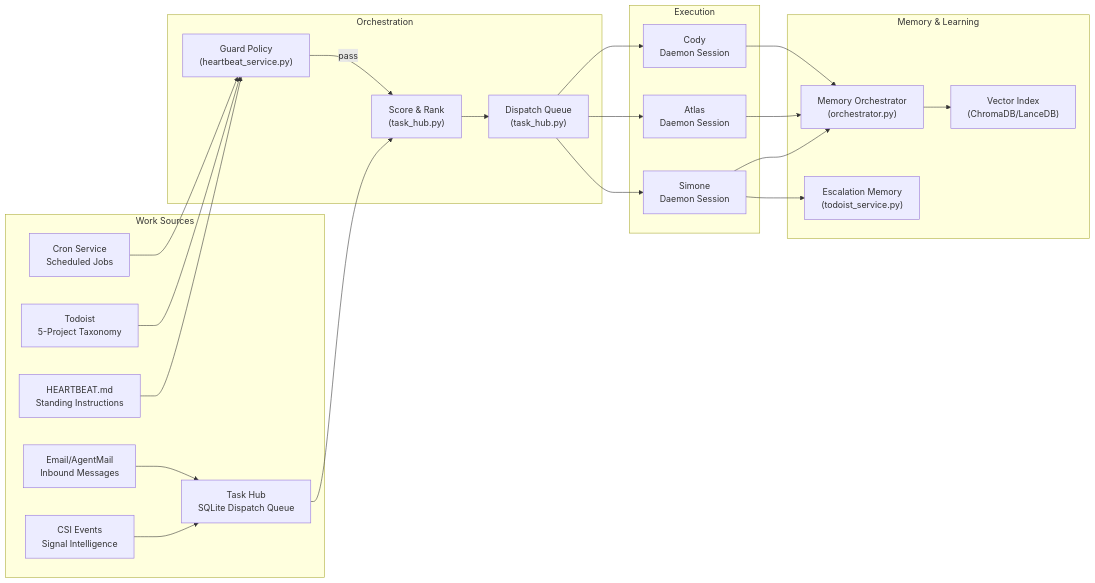
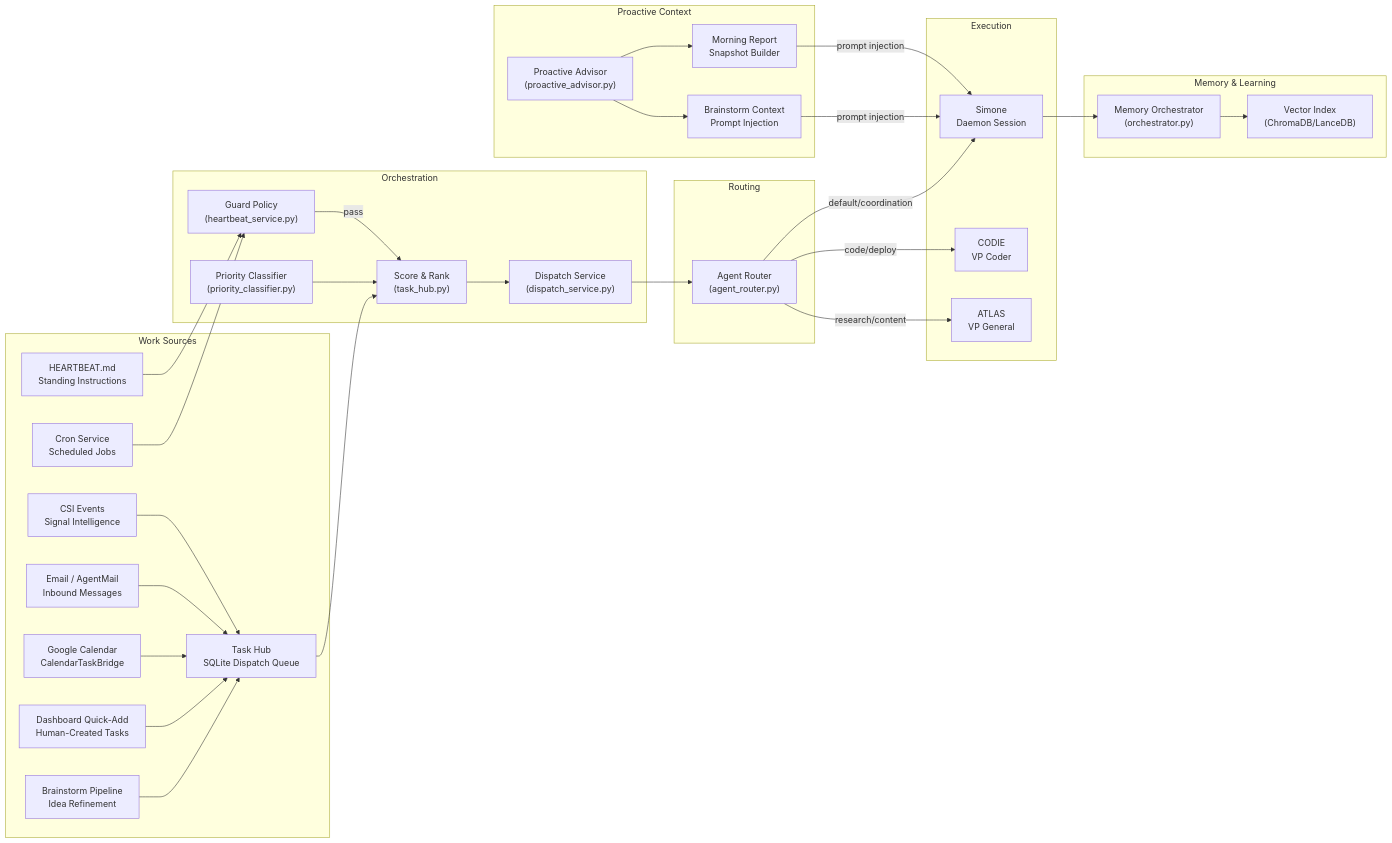
One commit to Kjdragan/universal_agent changed the first of 11 diagrams in docs/02_Subsystems/Proactive_Pipeline.md. Above: the diagram before and after it, drawn with Mermaid. The commit also changed other lines of this file and 27 other files, not shown here.

First line of the commit message:
feat: proactive pipeline phases 5-7 — auto-refinement loop, completion feedback, capacity governor

````diff
--- a/docs/02_Subsystems/Proactive_Pipeline.md
+++ b/docs/02_Subsystems/Proactive_Pipeline.md
@@ -14,48 +21,66 @@
 ```mermaid
 graph LR
     subgraph "Work Sources"
         HB["HEARTBEAT.md<br/>Standing Instructions"]
-        TD["Todoist<br/>5-Project Taxonomy"]
         TH["Task Hub<br/>SQLite Dispatch Queue"]
         CR["Cron Service<br/>Scheduled Jobs"]
         CSI["CSI Events<br/>Signal Intelligence"]
-        EM["Email/AgentMail<br/>Inbound Messages"]
+        EM["Email / AgentMail<br/>Inbound Messages"]
+        CAL["Google Calendar<br/>CalendarTaskBridge"]
+        DA["Dashboard Quick-Add<br/>Human-Created Tasks"]
+        BS["Brainstorm Pipeline<br/>Idea Refinement"]
     end
 
     subgraph "Orchestration"
         GRD["Guard Policy<br/>(heartbeat_service.py)"]
+        PC["Priority Classifier<br/>(priority_classifier.py)"]
         SCR["Score & Rank<br/>(task_hub.py)"]
-        DSP["Dispatch Queue<br/>(task_hub.py)"]
+        DSP["Dispatch Service<br/>(dispatch_service.py)"]
+    end
+
+    subgraph "Proactive Context"
+        PA["Proactive Advisor<br/>(proactive_advisor.py)"]
+        MR["Morning Report<br/>Snapshot Builder"]
+        BC["Brainstorm Context<br/>Prompt Injection"]
+    end
+
+    subgraph "Routing"
+        RTR["Agent Router<br/>(agent_router.py)"]
     end
 
     subgraph "Execution"
         SIM["Simone<br/>Daemon Session"]
-        ATL["Atlas<br/>Daemon Session"]
-        COD["Cody<br/>Daemon Session"]
+        COD["CODIE<br/>VP Coder"]
+        ATL["ATLAS<br/>VP General"]
     end
 
     subgraph "Memory & Learning"
         MEM["Memory Orchestrator<br/>(orchestrator.py)"]
-        ESC["Escalation Memory<br/>(todoist_service.py)"]
         VEC["Vector Index<br/>(ChromaDB/LanceDB)"]
     end
 
     HB --> GRD
-    TD --> GRD
     TH --> SCR
     CR --> GRD
     CSI --> TH
     EM --> TH
+    CAL --> TH
+    DA --> TH
+    BS --> TH
 
+    PC --> SCR
     GRD -->|"pass"| SCR
     SCR --> DSP
-    DSP --> SIM
-    DSP --> ATL
-    DSP --> COD
+    DSP --> RTR
+    RTR -->|"default/coordination"| SIM
+    RTR -->|"code/deploy"| COD
+    RTR -->|"research/content"| ATL
+
+    PA --> MR
+    PA --> BC
+    MR -->|"prompt injection"| SIM
+    BC -->|"prompt injection"| SIM
 
     SIM --> MEM
-    ATL --> MEM
-    COD --> MEM
-    SIM --> ESC
     MEM --> VEC
 ```
````
